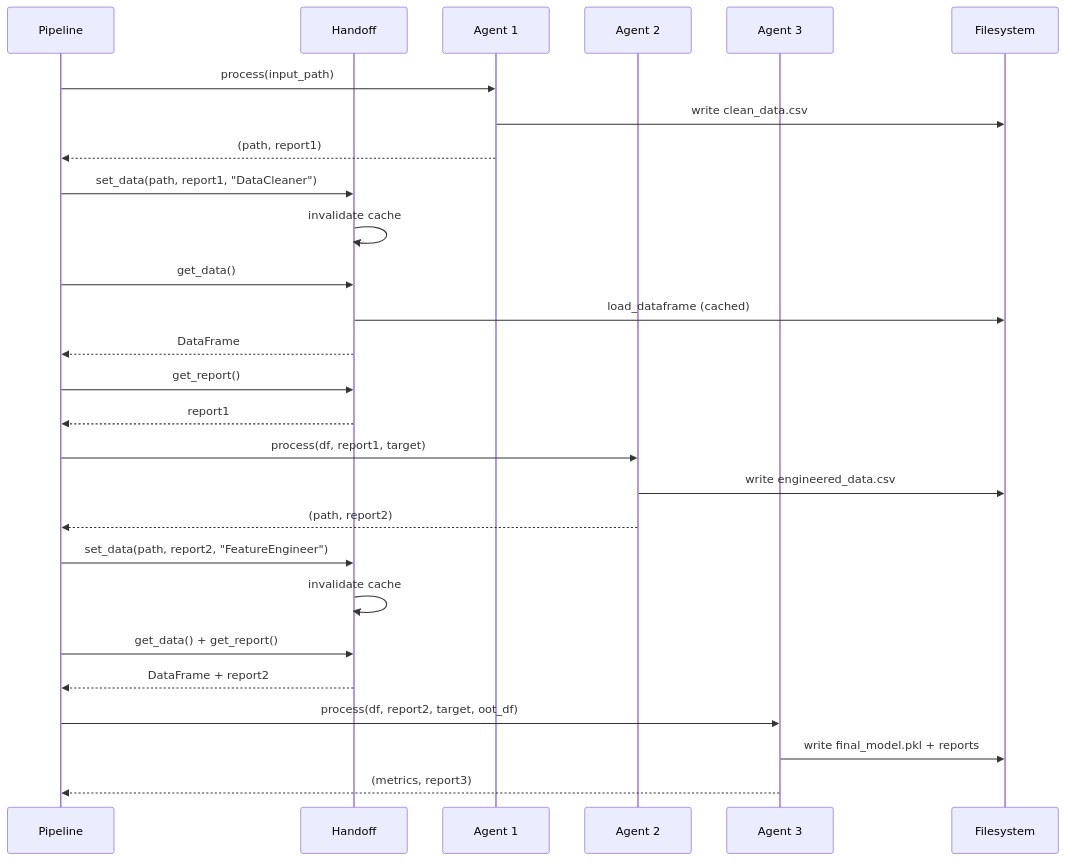
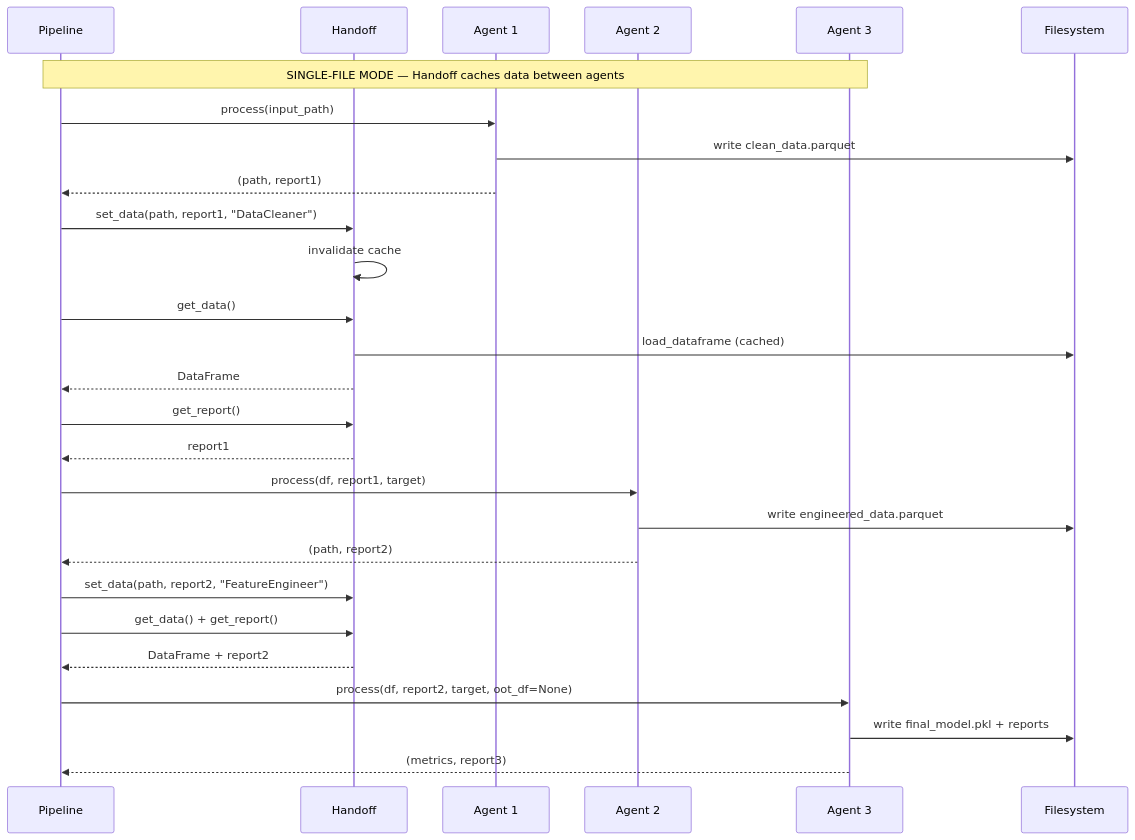
Diagram 20 of 25 in docs/architecture.md (baongoc83/Multi-Agent-Auto-ML_NB), drawn with Mermaid before and after one commit. The commit also changed other lines of this file and 1 other file, not shown here.

First line of the commit message:
docs: rewrite README + architecture.md for fit-on-train + transform refactor

````diff
--- a/docs/architecture.md
+++ b/docs/architecture.md
@@ -507,34 +808,35 @@
 ```mermaid
 sequenceDiagram
     participant P as Pipeline
     participant H as Handoff
     participant A1 as Agent 1
     participant A2 as Agent 2
     participant A3 as Agent 3
     participant FS as Filesystem
 
+    Note over P,A3: SINGLE-FILE MODE — Handoff caches data between agents
+
     P->>A1: process(input_path)
-    A1->>FS: write clean_data.csv
+    A1->>FS: write clean_data.parquet
     A1-->>P: (path, report1)
     P->>H: set_data(path, report1, "DataCleaner")
     H->>H: invalidate cache
 
     P->>H: get_data()
     H->>FS: load_dataframe (cached)
     H-->>P: DataFrame
     P->>H: get_report()
     H-->>P: report1
 
     P->>A2: process(df, report1, target)
-    A2->>FS: write engineered_data.csv
+    A2->>FS: write engineered_data.parquet
     A2-->>P: (path, report2)
     P->>H: set_data(path, report2, "FeatureEngineer")
-    H->>H: invalidate cache
 
     P->>H: get_data() + get_report()
     H-->>P: DataFrame + report2
 
-    P->>A3: process(df, report2, target, oot_df)
+    P->>A3: process(df, report2, target, oot_df=None)
     A3->>FS: write final_model.pkl + reports
     A3-->>P: (metrics, report3)
 ```
````
